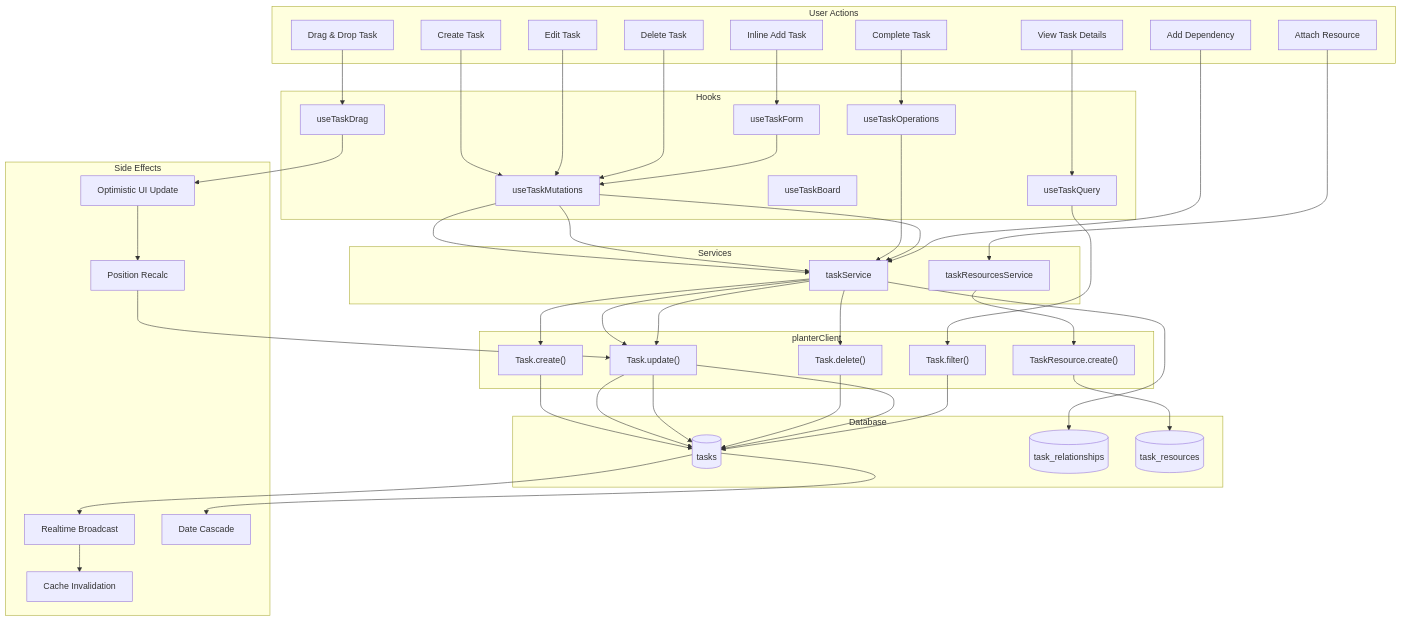
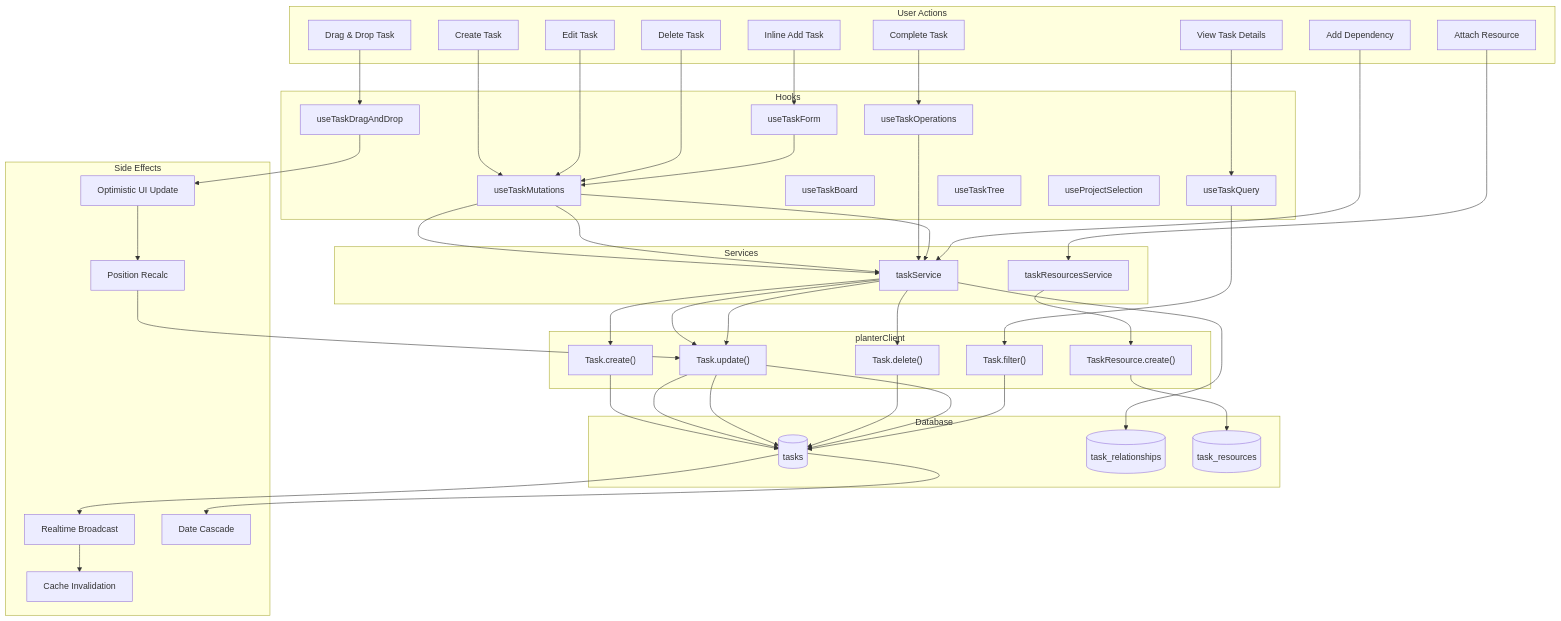
One commit to JoelA510/PlanterPlan-Alpha changed the fourth of 10 diagrams in docs/PROJECT_MIND_MAP.md. Above: the diagram before and after it, drawn with Mermaid. The commit also changed 13 other files, not shown here.

````diff
--- a/docs/PROJECT_MIND_MAP.md
+++ b/docs/PROJECT_MIND_MAP.md
@@ -374,63 +374,65 @@
 ```mermaid
 flowchart TD
     subgraph "User Actions"
         T1[Create Task]
         T2[Edit Task]
         T3[Complete Task]
         T4[Delete Task]
         T5[Drag & Drop Task]
         T6[Inline Add Task]
         T7[View Task Details]
         T8[Add Dependency]
         T9[Attach Resource]
     end
 
     subgraph "Hooks"
         H1[useTaskMutations]
-        H2[useTaskDrag]
+        H2[useTaskDragAndDrop]
         H3[useTaskBoard]
         H4[useTaskQuery]
         H5[useTaskForm]
         H6[useTaskOperations]
+        H7[useTaskTree]
+        H8[useProjectSelection]
     end
 
     subgraph "Services"
         TS2[taskService]
         TRS[taskResourcesService]
     end
 
     subgraph "planterClient"
         PC_TC["Task.create()"]
         PC_TU["Task.update()"]
         PC_TD["Task.delete()"]
         PC_TF["Task.filter()"]
         PC_TR["TaskResource.create()"]
     end
 
     subgraph "Database"
         DB_T2[(tasks)]
         DB_REL[(task_relationships)]
         DB_RES[(task_resources)]
     end
 
     subgraph "Side Effects"
         OPT[Optimistic UI Update]
         CACHE[Cache Invalidation]
         RT[Realtime Broadcast]
         DATE[Date Cascade]
         POS[Position Recalc]
     end
 
     T1 --> H1 --> TS2 --> PC_TC --> DB_T2
     T2 --> H1 --> TS2 --> PC_TU --> DB_T2
     T3 --> H6 --> TS2 --> PC_TU --> DB_T2
     T4 --> H1 --> TS2 --> PC_TD --> DB_T2
     T5 --> H2 --> OPT --> POS --> PC_TU --> DB_T2
     T6 --> H5 --> H1
     T7 --> H4 --> PC_TF --> DB_T2
     T8 --> TS2 --> DB_REL
     T9 --> TRS --> PC_TR --> DB_RES
 
     DB_T2 --> RT --> CACHE
     DB_T2 --> DATE
 ```
````
